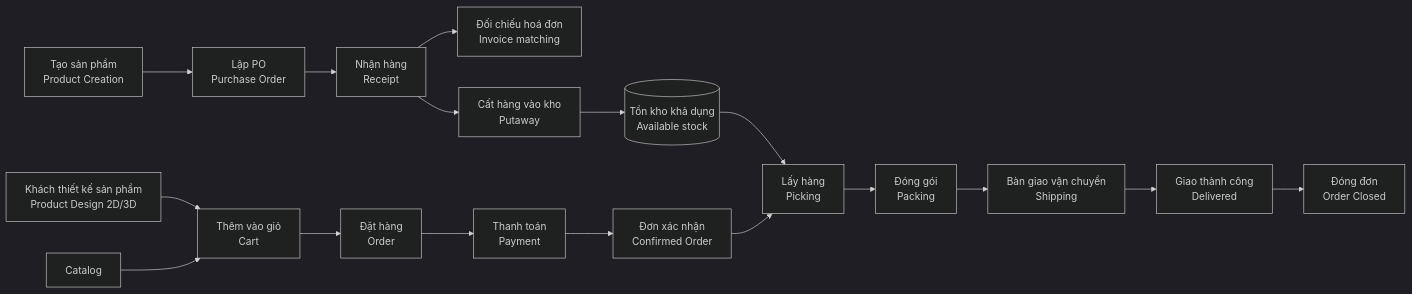
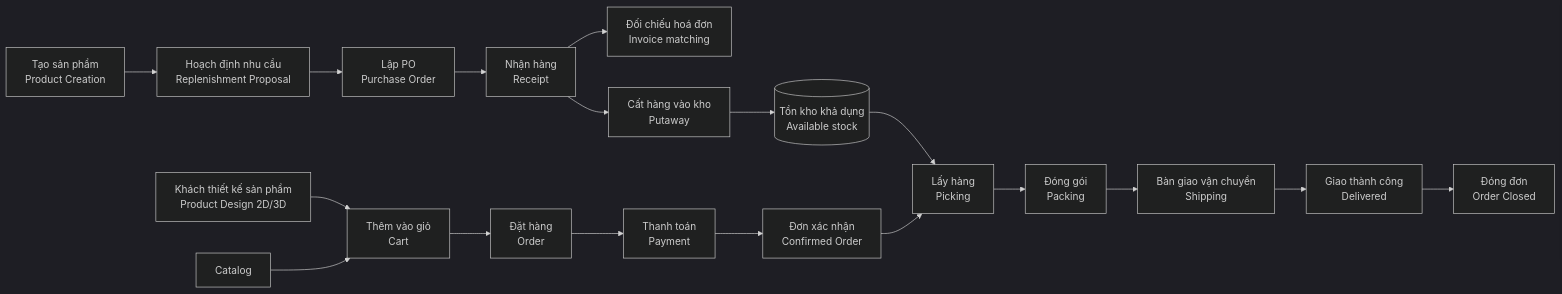
The second of 2 diagrams in docs/00-system-overview/README.md (KLTN-FA26/docs), drawn with Mermaid (dark theme) before and after one commit. The commit also changed other lines of this file, not shown here.

````diff
--- a/docs/00-system-overview/README.md
+++ b/docs/00-system-overview/README.md
@@ -157,21 +157,22 @@
 ```mermaid
 flowchart LR
-    A[Tạo sản phẩm\nProduct Creation] --> B[Lập PO\nPurchase Order]
+    A[Tạo sản phẩm\nProduct Creation] --> A1[Hoạch định nhu cầu\nReplenishment Proposal]
+    A1 --> B[Lập PO\nPurchase Order]
     B --> C[Nhận hàng\nReceipt]
     C --> D[Đối chiếu hoá đơn\nInvoice matching]
     C --> E[Cất hàng vào kho\nPutaway]
     E --> F[(Tồn kho khả dụng\nAvailable stock)]
 
     G[Khách thiết kế sản phẩm\nProduct Design 2D/3D] --> H[Thêm vào giỏ\nCart]
     I[Catalog] --> H
     H --> J[Đặt hàng\nOrder]
     J --> K[Thanh toán\nPayment]
     K --> L[Đơn xác nhận\nConfirmed Order]
 
     F --> M[Lấy hàng\nPicking]
     L --> M
     M --> N[Đóng gói\nPacking]
     N --> O[Bàn giao vận chuyển\nShipping]
     O --> P[Giao thành công\nDelivered]
     P --> Q[Đóng đơn\nOrder Closed]
 ```
````
